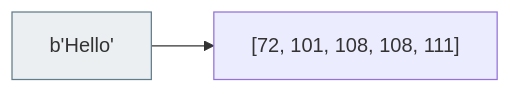
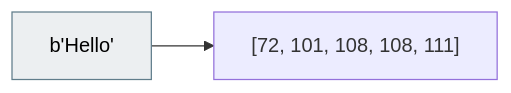
One commit to AyushSingh360/my-python-notebook changed the third of 4 diagrams in 02_Data_Types_and_Operators/README.md. Above: the diagram before and after it, drawn with Mermaid. The commit also changed other lines of this file and 2 other files, not shown here.

````diff
--- a/02_Data_Types_and_Operators/README.md
+++ b/02_Data_Types_and_Operators/README.md
@@ -83,5 +83,5 @@
 ```mermaid
 graph LR
     B["b'Hello'"] --> H["[72, 101, 108, 108, 111]"]
-    style B fill:#eceff1,stroke:#607d8b
+    style B fill:#eceff1,stroke:#607d8b,color:#000
 ```
````
